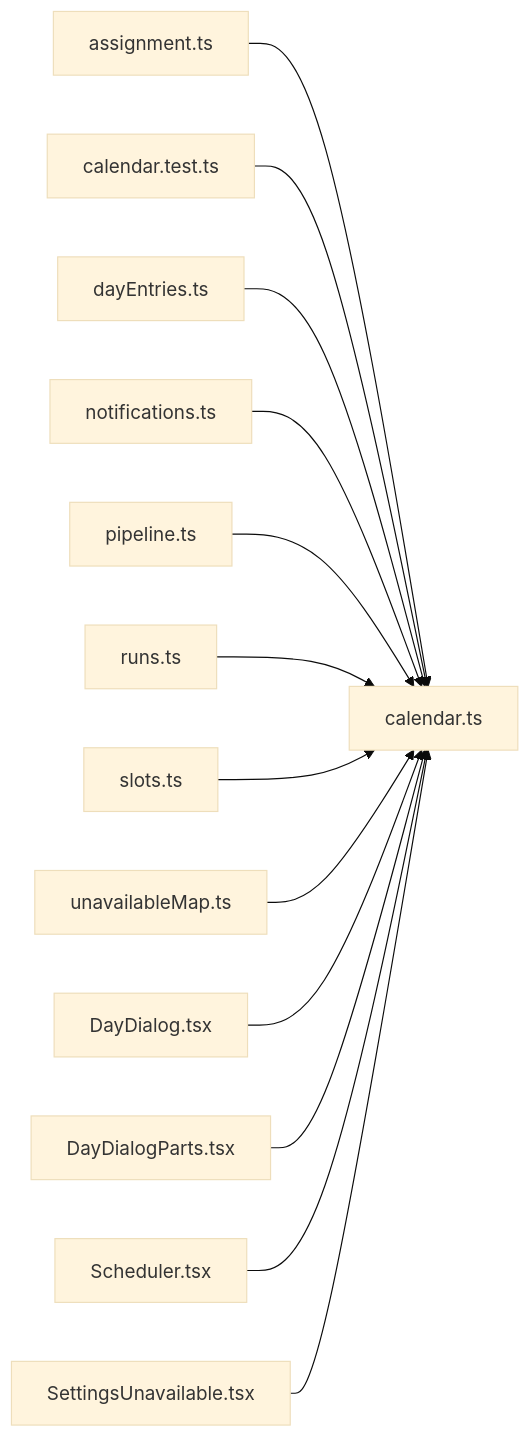
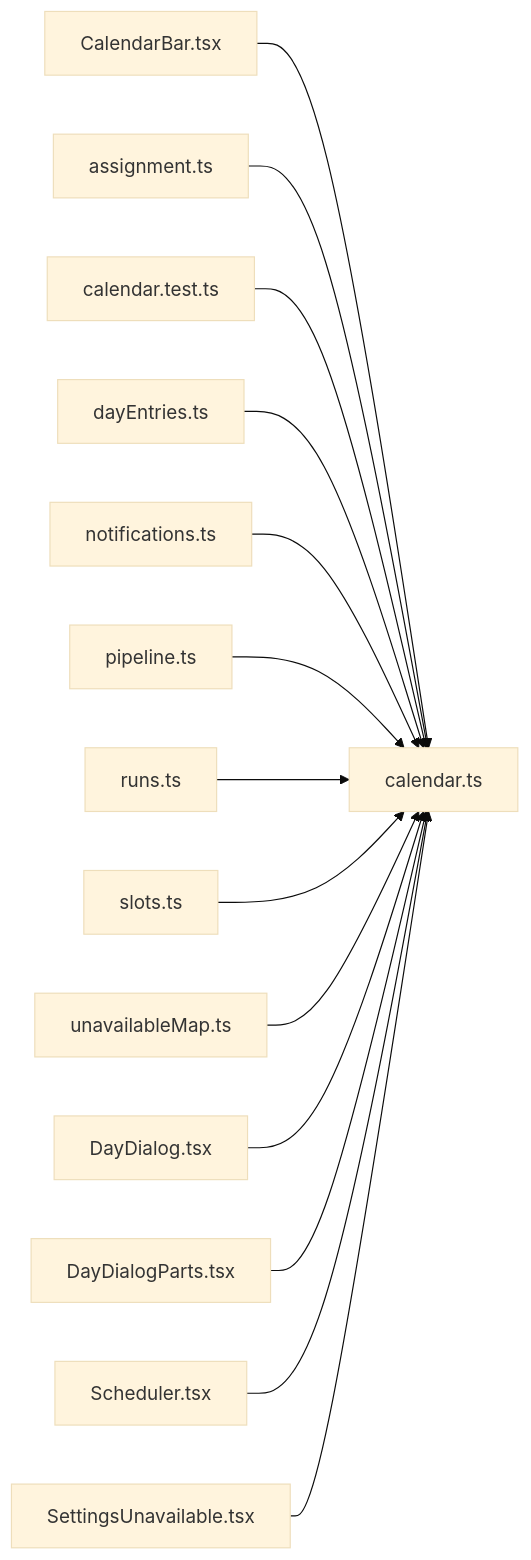
The diagram in .cluedoc/graph/frontend/src/lib/calendar.md (minkong-dev/Banblit), drawn with Mermaid (base theme) before and after one commit. The commit also changed other lines of this file and 45 other files, not shown here.

First line of the commit message:
frontend: show unavailable times as a member calendar and a team heatmap

````diff
--- a/.cluedoc/graph/frontend/src/lib/calendar.md
+++ b/.cluedoc/graph/frontend/src/lib/calendar.md
@@ -10,16 +10,17 @@
 ```mermaid
 flowchart LR
   frontend_src_lib_calendar["calendar.ts"]
+  frontend_src_components_CalendarBar["CalendarBar.tsx"] --> frontend_src_lib_calendar
   frontend_src_lib_assignment["assignment.ts"] --> frontend_src_lib_calendar
   frontend_src_lib_calendar_test["calendar.test.ts"] --> frontend_src_lib_calendar
   frontend_src_lib_dayEntries["dayEntries.ts"] --> frontend_src_lib_calendar
   frontend_src_lib_notifications["notifications.ts"] --> frontend_src_lib_calendar
   frontend_src_lib_pipeline["pipeline.ts"] --> frontend_src_lib_calendar
   frontend_src_lib_runs["runs.ts"] --> frontend_src_lib_calendar
   frontend_src_lib_slots["slots.ts"] --> frontend_src_lib_calendar
   frontend_src_lib_unavailableMap["unavailableMap.ts"] --> frontend_src_lib_calendar
   frontend_src_routes_DayDialog["DayDialog.tsx"] --> frontend_src_lib_calendar
   frontend_src_routes_DayDialogParts["DayDialogParts.tsx"] --> frontend_src_lib_calendar
   frontend_src_routes_Scheduler["Scheduler.tsx"] --> frontend_src_lib_calendar
   frontend_src_routes_SettingsUnavailable["SettingsUnavailable.tsx"] --> frontend_src_lib_calendar
 ```
````
